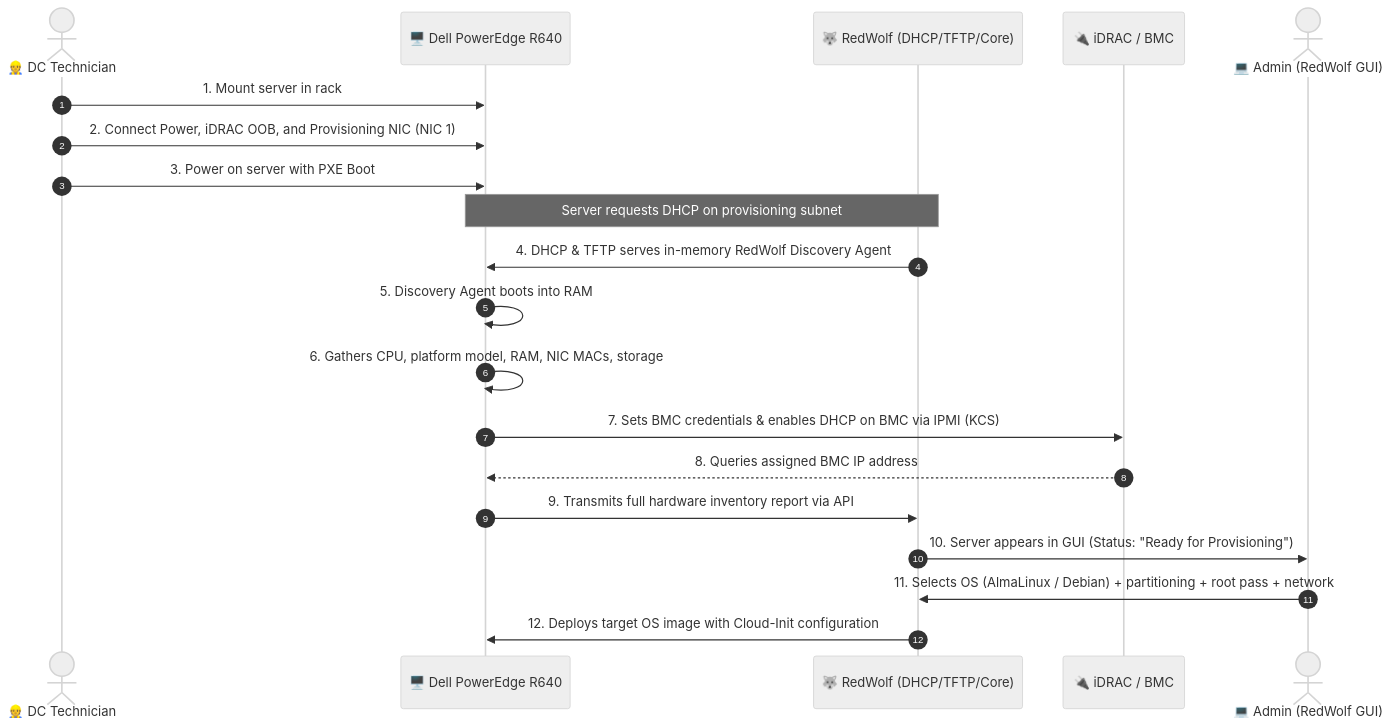
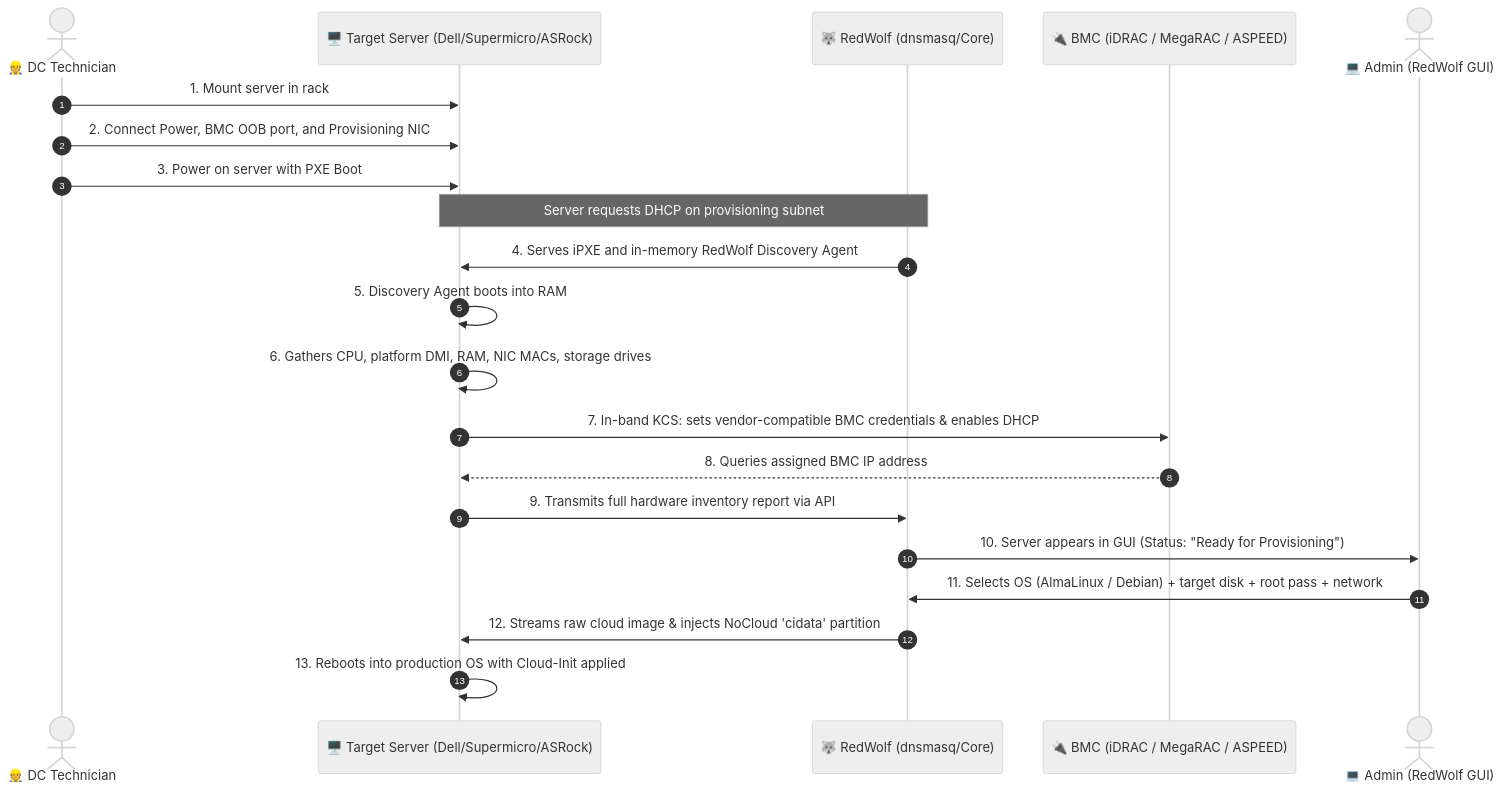
The diagram in README.md (TensorDriftStudio/RedWolf), drawn with Mermaid (neutral theme) before and after one commit. The commit also changed other lines of this file and 4 other files, not shown here.

Commit message:
feat(hal): implement multi-vendor architecture supporting Dell, Supermicro, and ASRock Rack

````diff
--- a/README.md
+++ b/README.md
@@ -30,23 +34,24 @@
 ```mermaid
 sequenceDiagram
     autonumber
     actor Tech as 👷 DC Technician
-    participant Srv as 🖥️ Dell PowerEdge R640
-    participant RW as 🐺 RedWolf (DHCP/TFTP/Core)
-    participant BMC as 🔌 iDRAC / BMC
+    participant Srv as 🖥️ Target Server (Dell/Supermicro/ASRock)
+    participant RW as 🐺 RedWolf (dnsmasq/Core)
+    participant BMC as 🔌 BMC (iDRAC / MegaRAC / ASPEED)
     actor Admin as 💻 Admin (RedWolf GUI)
 
     Tech->>Srv: 1. Mount server in rack
-    Tech->>Srv: 2. Connect Power, iDRAC OOB, and Provisioning NIC (NIC 1)
+    Tech->>Srv: 2. Connect Power, BMC OOB port, and Provisioning NIC
     Tech->>Srv: 3. Power on server with PXE Boot
     Note over Srv,RW: Server requests DHCP on provisioning subnet
-    RW->>Srv: 4. DHCP & TFTP serves in-memory RedWolf Discovery Agent
+    RW->>Srv: 4. Serves iPXE and in-memory RedWolf Discovery Agent
     Srv->>Srv: 5. Discovery Agent boots into RAM
-    Srv->>Srv: 6. Gathers CPU, platform model, RAM, NIC MACs, storage
-    Srv->>BMC: 7. Sets BMC credentials & enables DHCP on BMC via IPMI (KCS)
+    Srv->>Srv: 6. Gathers CPU, platform DMI, RAM, NIC MACs, storage drives
+    Srv->>BMC: 7. In-band KCS: sets vendor-compatible BMC credentials & enables DHCP
     BMC-->>Srv: 8. Queries assigned BMC IP address
     Srv->>RW: 9. Transmits full hardware inventory report via API
     RW->>Admin: 10. Server appears in GUI (Status: "Ready for Provisioning")
-    Admin->>RW: 11. Selects OS (AlmaLinux / Debian) + partitioning + root pass + network
-    RW->>Srv: 12. Deploys target OS image with Cloud-Init configuration
+    Admin->>RW: 11. Selects OS (AlmaLinux / Debian) + target disk + root pass + network
+    RW->>Srv: 12. Streams raw cloud image & injects NoCloud 'cidata' partition
+    Srv->>Srv: 13. Reboots into production OS with Cloud-Init applied
 ```
````
